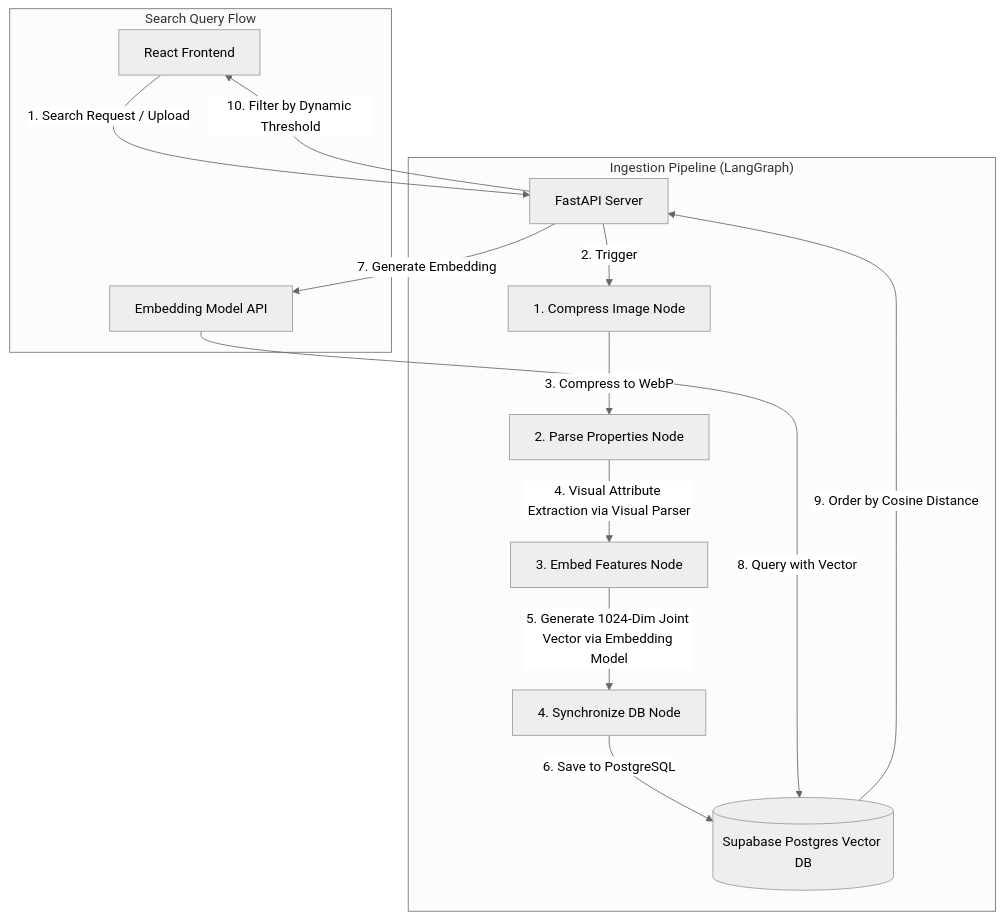
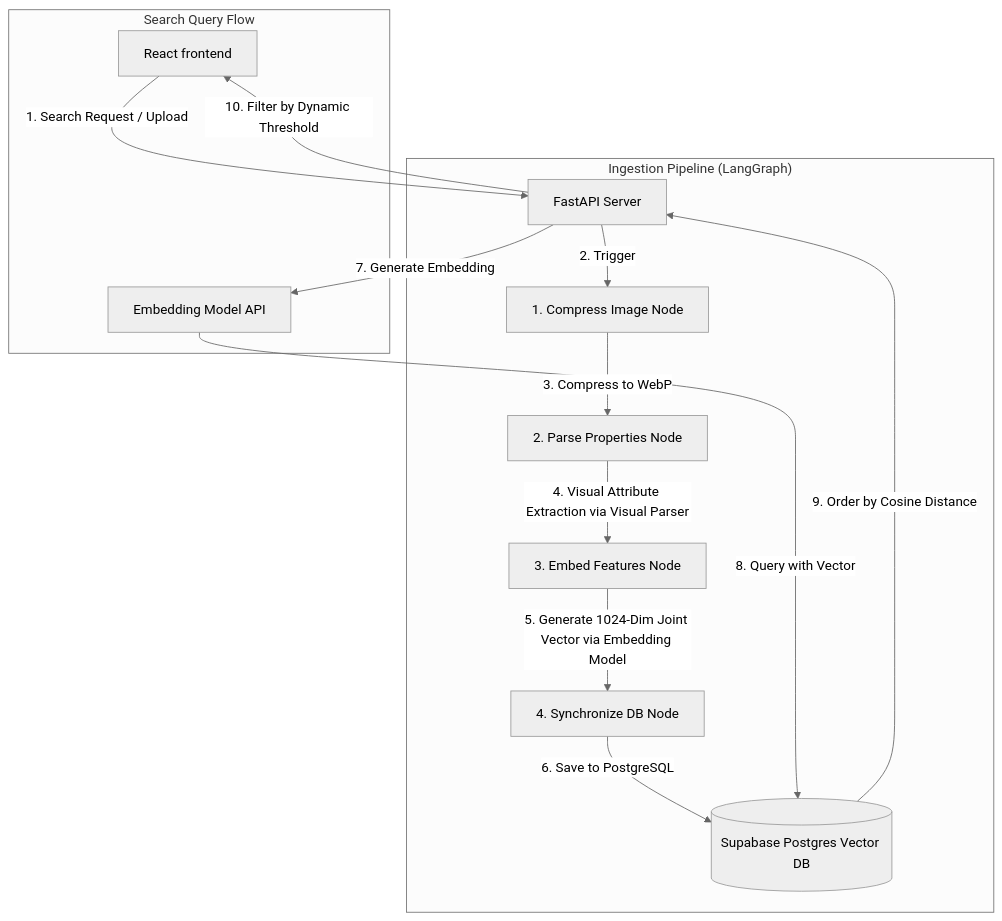
One commit to Raghavendra1729-cell/kyrosaga changed the diagram in README.md. Above: the diagram before and after it, drawn with Mermaid (neutral theme). The commit also changed other lines of this file and 41 other files, not shown here.

````diff
--- a/README.md
+++ b/README.md
@@ -18,19 +18,19 @@
 ```mermaid
 graph TD
-    Client[React Frontend] -->|1. Search Request / Upload| Backend[FastAPI Server]
+    Client[React frontend] -->|1. Search Request / Upload| Backend[FastAPI Server]
     
     subgraph "Ingestion Pipeline (LangGraph)"
         Backend -->|2. Trigger| Compress[1. Compress Image Node]
         Compress -->|3. Compress to WebP| Parse[2. Parse Properties Node]
         Parse -->|4. Visual Attribute Extraction via Visual Parser| Embed[3. Embed Features Node]
         Embed -->|5. Generate 1024-Dim Joint Vector via Embedding Model| Sync[4. Synchronize DB Node]
         Sync -->|6. Save to PostgreSQL| DB[(Supabase Postgres Vector DB)]
     end
     
     subgraph Search Query Flow
         Backend -->|7. Generate Embedding| Gem[Embedding Model API]
         Gem -->|8. Query with Vector| DB
         DB -->|9. Order by Cosine Distance| Backend
         Backend -->|10. Filter by Dynamic Threshold| Client
     end
 ```
````
